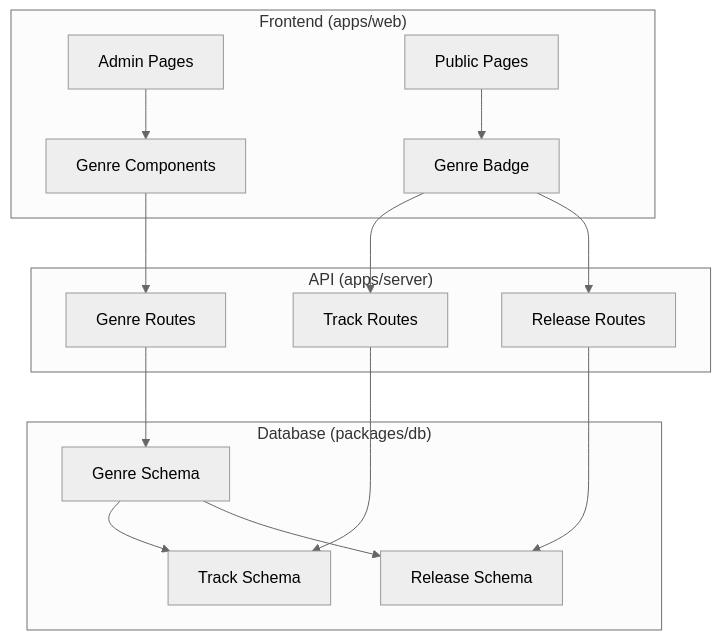
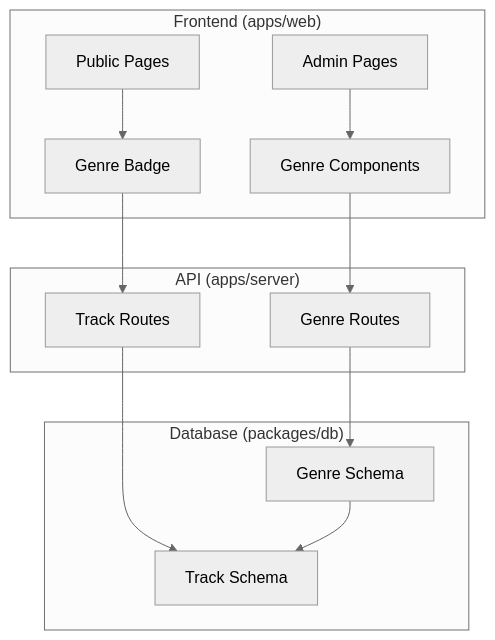
One commit to shiroemons/thac changed the second of 5 diagrams in docs/specs/genre/README.md. Above: the diagram before and after it, drawn with Mermaid (neutral theme). The commit also changed other lines of this file and 9 other files, not shown here.

````diff
--- a/docs/specs/genre/README.md
+++ b/docs/specs/genre/README.md
@@ -128,28 +99,23 @@
 ```mermaid
 graph TB
     subgraph "Frontend (apps/web)"
         A[Admin Pages] --> B[Genre Components]
         C[Public Pages] --> D[Genre Badge]
     end
 
     subgraph "API (apps/server)"
         E[Genre Routes]
         F[Track Routes]
-        G[Release Routes]
     end
 
     subgraph "Database (packages/db)"
         H[Genre Schema]
         I[Track Schema]
-        J[Release Schema]
     end
 
     B --> E
     D --> F
-    D --> G
     E --> H
     F --> I
-    G --> J
     H --> I
-    H --> J
 ```
````
